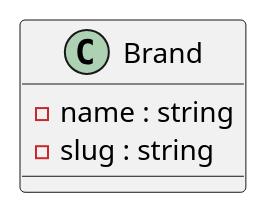
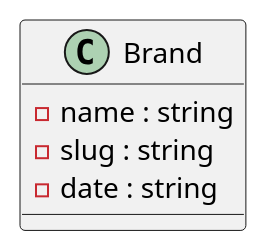
One commit to laurasullyalexandrine/BileMo changed the diagram in diagrams-uml/Class/Brand.puml. Above: the diagram before and after it, drawn with PlantUML. The commit also changed 3 other files, not shown here.

```diff
--- a/diagrams-uml/Class/Brand.puml
+++ b/diagrams-uml/Class/Brand.puml
@@ -1,10 +1,11 @@
 @startuml Brand
 
 Class Brand {
     
     - name : string
     - slug : string
+    - date : string
 
 }
 
 @enduml
```
